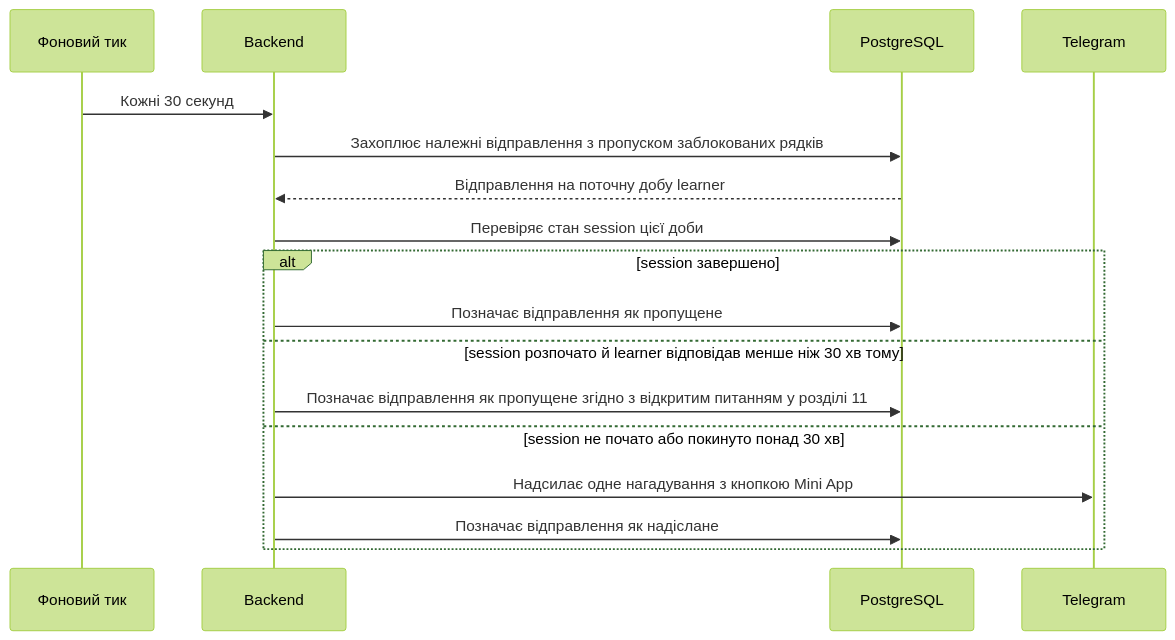
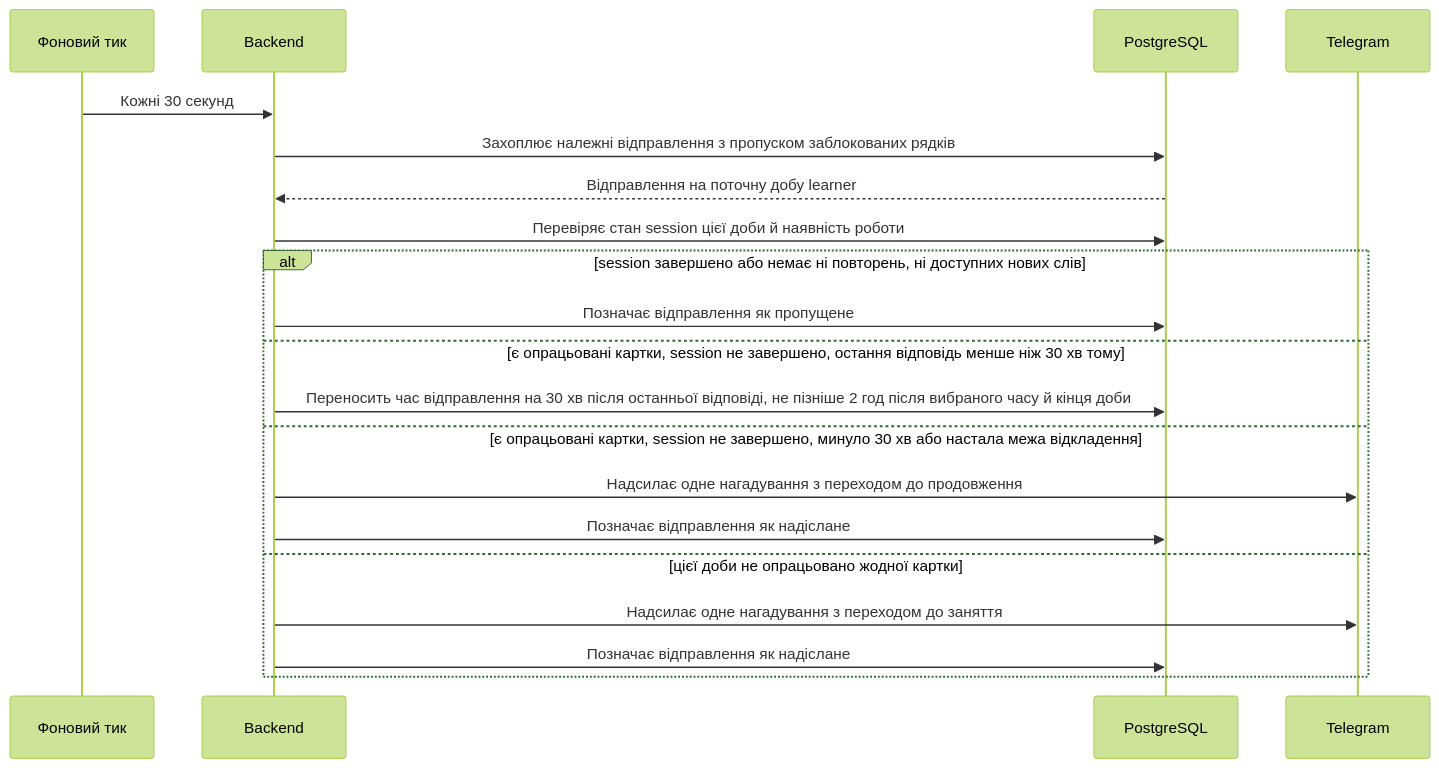
Before and after one commit to HeliosPersonal/constant-learning: the fourth of 17 diagrams in docs/features/personal-trainer-mvp/sad.md, drawn with Mermaid (forest theme). The commit also changed other lines of this file and 7 other files, not shown here.

````diff
--- a/docs/features/personal-trainer-mvp/sad.md
+++ b/docs/features/personal-trainer-mvp/sad.md
@@ -184,19 +184,22 @@
 ```mermaid
 sequenceDiagram
     participant T as Фоновий тик
     participant A as Backend
     participant D as PostgreSQL
     participant G as Telegram
     T->>A: Кожні 30 секунд
     A->>D: Захоплює належні відправлення з пропуском заблокованих рядків
     D-->>A: Відправлення на поточну добу learner
-    A->>D: Перевіряє стан session цієї доби
-    alt session завершено
+    A->>D: Перевіряє стан session цієї доби й наявність роботи
+    alt session завершено або немає ні повторень, ні доступних нових слів
         A->>D: Позначає відправлення як пропущене
-    else session розпочато й learner відповідав менше ніж 30 хв тому
-        A->>D: Позначає відправлення як пропущене згідно з відкритим питанням у розділі 11
-    else session не почато або покинуто понад 30 хв
-        A->>G: Надсилає одне нагадування з кнопкою Mini App
+    else є опрацьовані картки, session не завершено, остання відповідь менше ніж 30 хв тому
+        A->>D: Переносить час відправлення на 30 хв після останньої відповіді, не пізніше 2 год після вибраного часу й кінця доби
+    else є опрацьовані картки, session не завершено, минуло 30 хв або настала межа відкладення
+        A->>G: Надсилає одне нагадування з переходом до продовження
+        A->>D: Позначає відправлення як надіслане
+    else цієї доби не опрацьовано жодної картки
+        A->>G: Надсилає одне нагадування з переходом до заняття
         A->>D: Позначає відправлення як надіслане
     end
 ```
````
